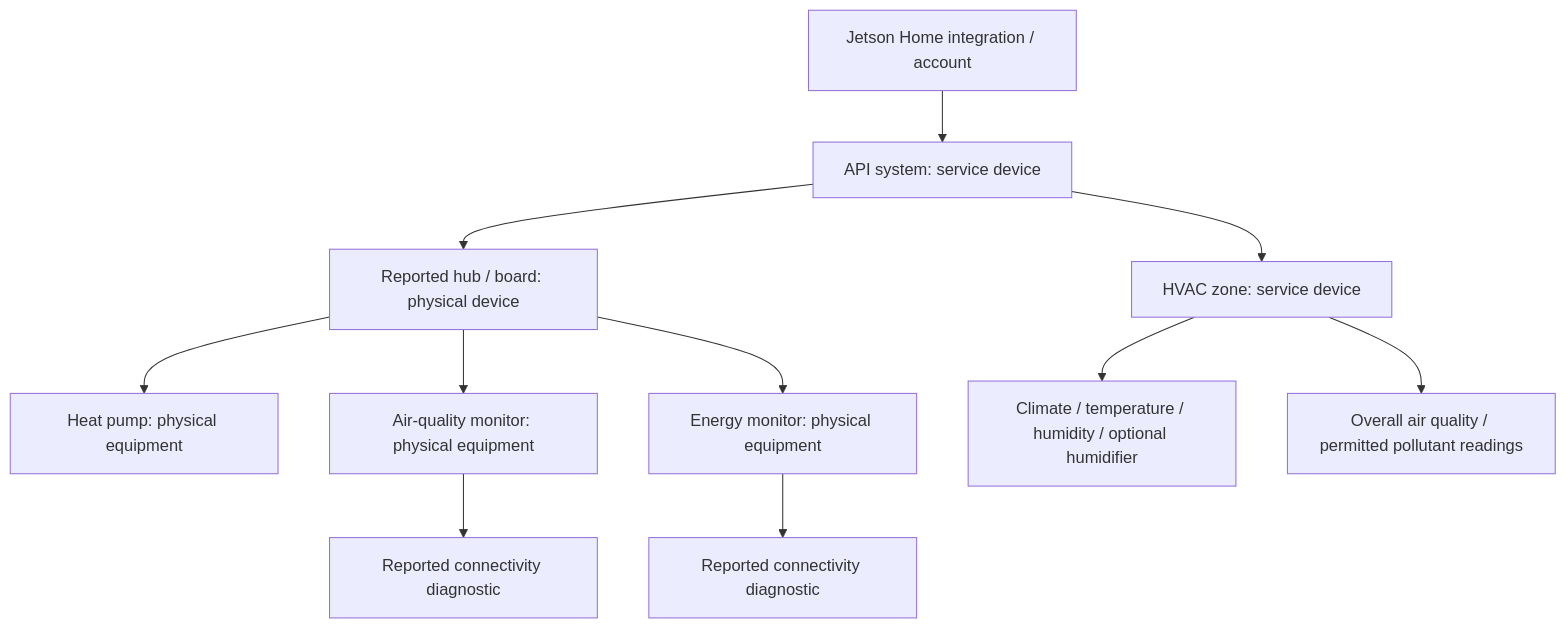
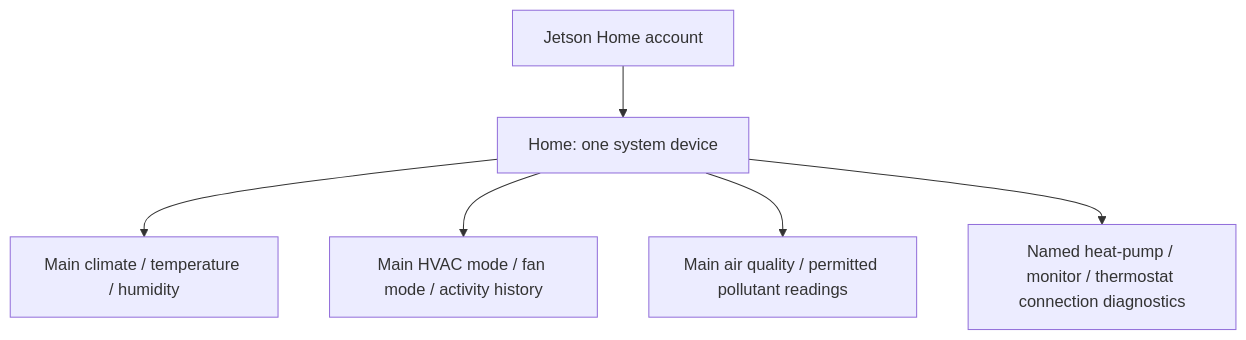
The diagram in docs/HA_STRUCTURE.md (grahamsz/jetson-home-assistant), drawn with Mermaid before and after one commit. The commit also changed other lines of this file and 15 other files, not shown here.

Commit message:
Group entities by system and add HVAC and fan history sensors

````diff
--- a/docs/HA_STRUCTURE.md
+++ b/docs/HA_STRUCTURE.md
@@ -9,13 +7,8 @@
 ```mermaid
 flowchart TD
-    A[Jetson Home integration / account] --> S[API system: service device]
-    S --> H[Reported hub / board: physical device]
-    H --> HP[Heat pump: physical equipment]
-    H --> AQ[Air-quality monitor: physical equipment]
-    H --> EM[Energy monitor: physical equipment]
-    S --> Z[HVAC zone: service device]
-    Z --> C[Climate / temperature / humidity / optional humidifier]
-    Z --> Q[Overall air quality / permitted pollutant readings]
-    AQ --> AQC[Reported connectivity diagnostic]
-    EM --> EMC[Reported connectivity diagnostic]
+    A[Jetson Home account] --> S[Home: one system device]
+    S --> C[Main climate / temperature / humidity]
+    S --> H[Main HVAC mode / fan mode / activity history]
+    S --> Q[Main air quality / permitted pollutant readings]
+    S --> D[Named heat-pump / monitor / thermostat connection diagnostics]
 ```
````
